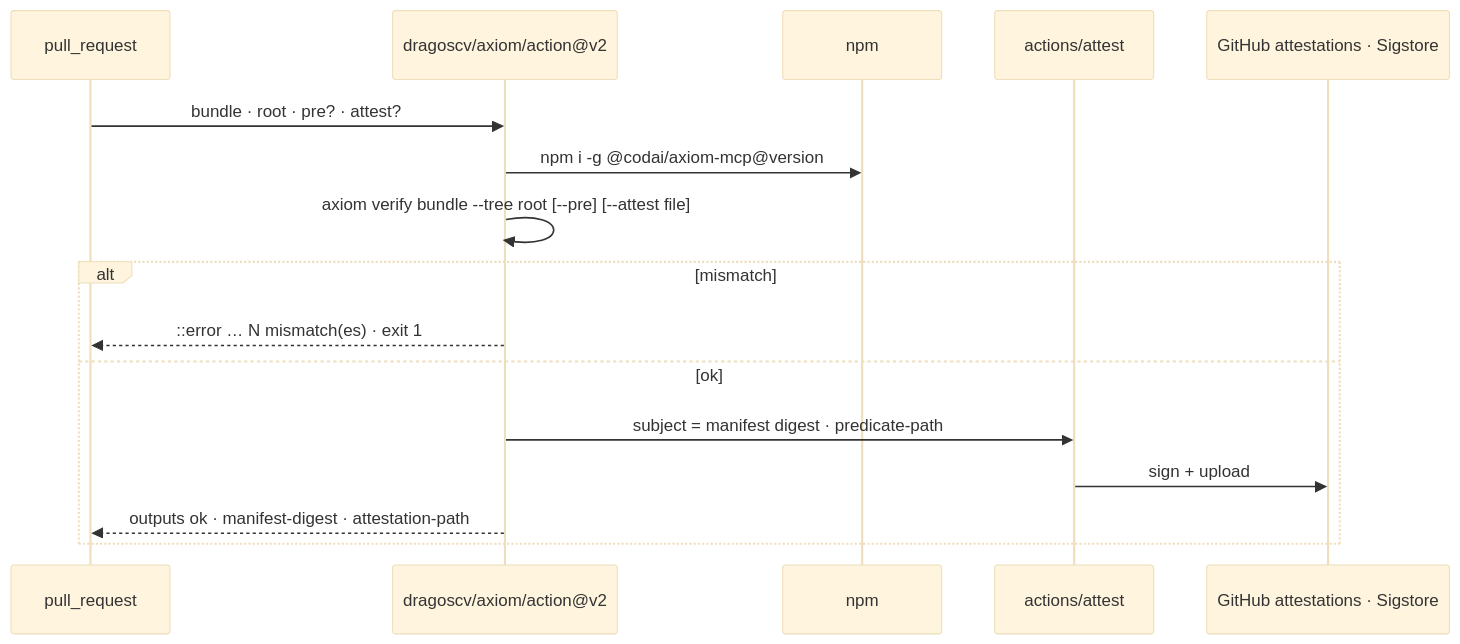
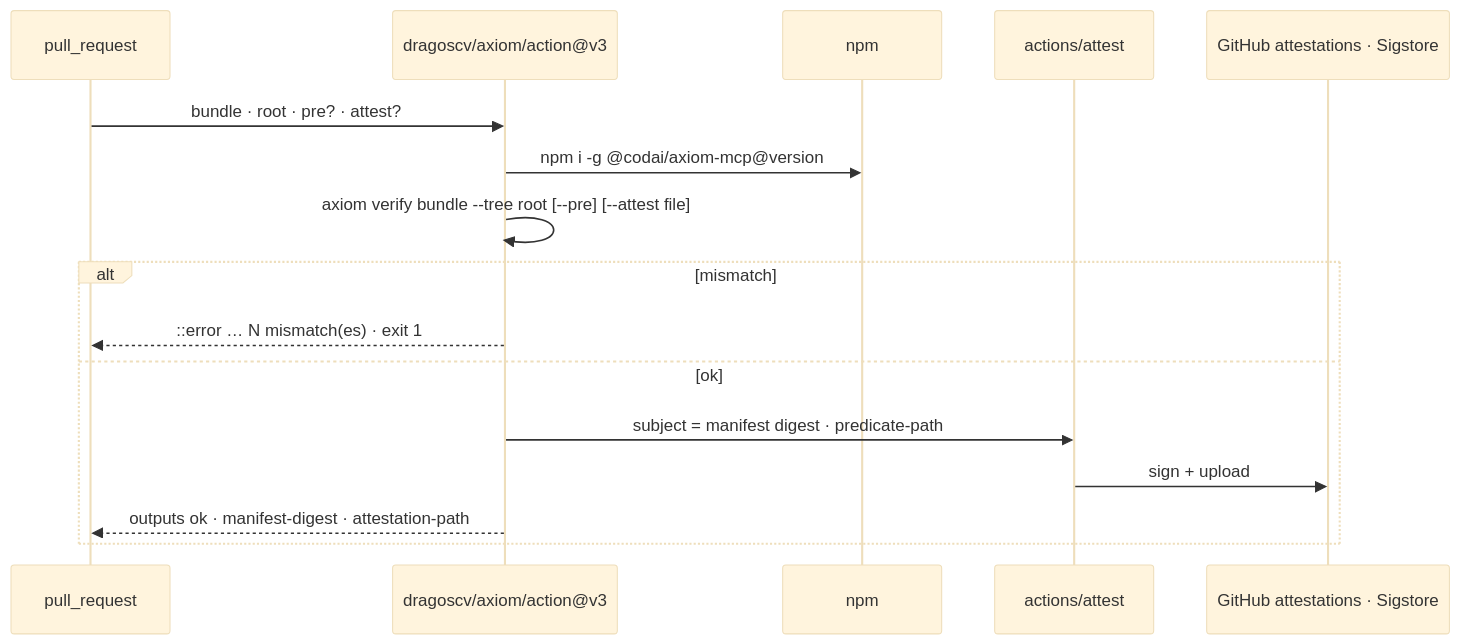
Before and after one commit to dragoscv/axiom: the diagram in docs/integration/github-action.md, drawn with Mermaid (base theme). The commit also changed other lines of this file and 308 other files, not shown here.

````diff
--- a/docs/integration/github-action.md
+++ b/docs/integration/github-action.md
@@ -10,18 +10,20 @@
 ```mermaid
 sequenceDiagram
+  accTitle: GitHub Action flow
+  accDescr: The action verifies the tree against the journal, runs checks, attests and can post a pull request summary.
   participant PR as pull_request
-  participant A as dragoscv/axiom/action@v2
+  participant A as dragoscv/axiom/action@v3
   participant N as npm
   participant AT as actions/attest
   participant GH as GitHub attestations · Sigstore
   PR->>A: bundle · root · pre? · attest?
   A->>N: npm i -g @codai/axiom-mcp@version
   A->>A: axiom verify bundle --tree root [--pre] [--attest file]
   alt mismatch
     A-->>PR: ::error … N mismatch(es) · exit 1
   else ok
     A->>AT: subject = manifest digest · predicate-path
     AT->>GH: sign + upload
     A-->>PR: outputs ok · manifest-digest · attestation-path
   end
 ```
````
